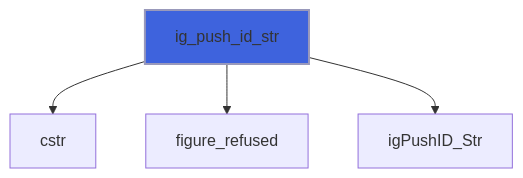
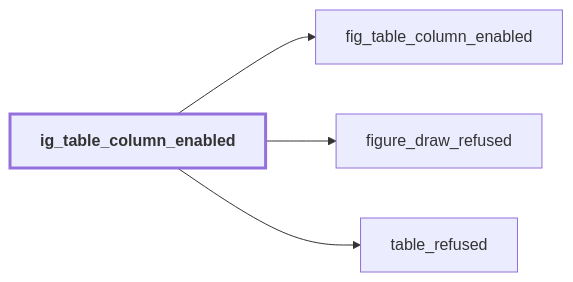
Diagram 18 of 40 in docs/api/src/lib/figure_group.md (szaghi/figure), drawn with Mermaid before and after one commit. The commit also changed other lines of this file and 54 other files, not shown here.

````diff
--- a/docs/api/src/lib/figure_group.md
+++ b/docs/api/src/lib/figure_group.md
@@ -400,7 +694,11 @@
 ```mermaid
-flowchart TD
-  ig_push_id_str["ig_push_id_str"] --> cstr["cstr"]
-  ig_push_id_str["ig_push_id_str"] --> figure_refused["figure_refused"]
-  ig_push_id_str["ig_push_id_str"] --> igPushID_Str["igPushID_Str"]
-  style ig_push_id_str fill:#3e63dd,stroke:#99b,stroke-width:2px
+flowchart LR
+  ig_table_column_enabled["ig_table_column_enabled"] --> fig_table_column_enabled["fig_table_column_enabled"]
+  ig_table_column_enabled["ig_table_column_enabled"] --> figure_draw_refused["figure_draw_refused"]
+  ig_table_column_enabled["ig_table_column_enabled"] --> table_refused["table_refused"]
+  classDef focus stroke-width:3px,font-weight:bold
+  class ig_table_column_enabled focus
+  click figure_draw_refused href "figure_base.html#figure-draw-refused" "figure_draw_refused"
+  click fig_table_column_enabled href "figure_c_native.html#fig-table-column-enabled" "fig_table_column_enabled"
+  click table_refused href "#table-refused" "table_refused"
 ```
````
